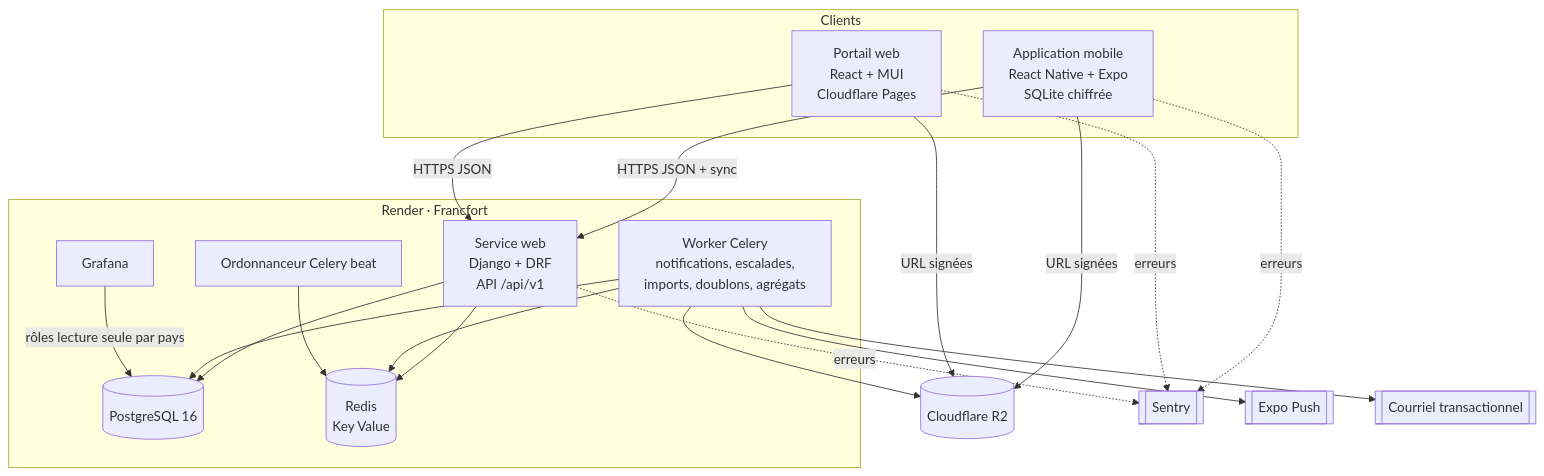
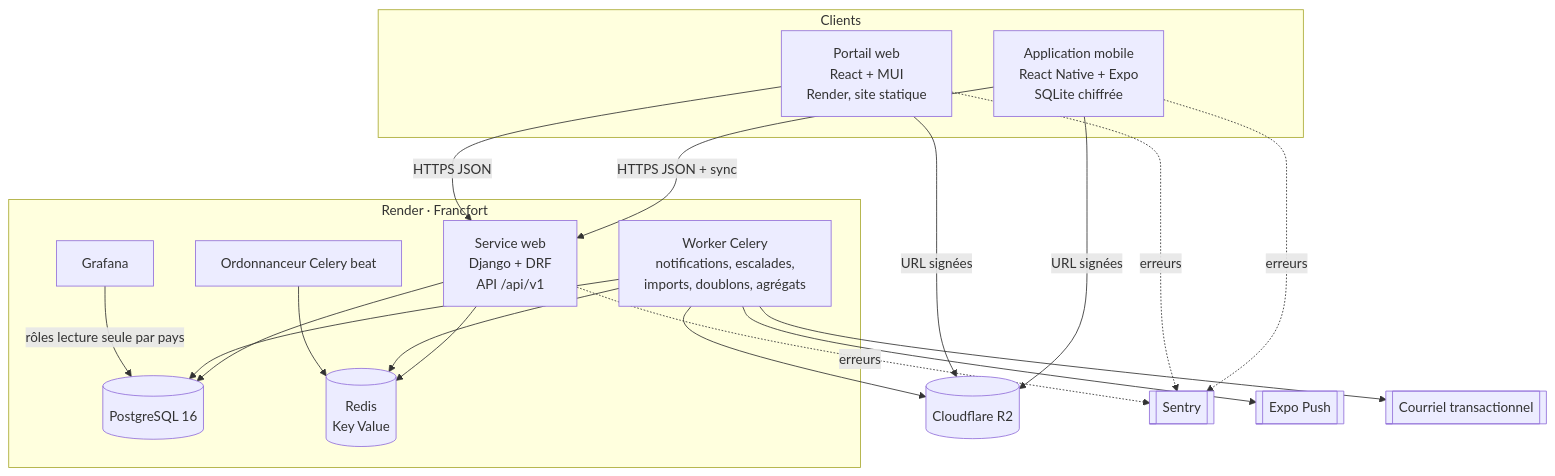
Before and after one commit to alamine2003/CRM-GHPL: the second of 11 diagrams in architecture.md, drawn with Mermaid. The commit also changed other lines of this file and 19 other files, not shown here.

First line of the commit message:
1.0.1 : portail et API sur Render (§14.79, ADR-007, HT-05)

````diff
--- a/architecture.md
+++ b/architecture.md
@@ -119,38 +119,38 @@
 ```mermaid
 flowchart TB
   subgraph Clients
     MOB[Application mobile<br/>React Native + Expo<br/>SQLite chiffrée]
-    WEB[Portail web<br/>React + MUI<br/>Cloudflare Pages]
+    WEB[Portail web<br/>React + MUI<br/>Render, site statique]
   end
 
   subgraph Render[Render · Francfort]
     WEBAPI[Service web<br/>Django + DRF<br/>API /api/v1]
     WORKER[Worker Celery<br/>notifications, escalades,<br/>imports, doublons, agrégats]
     BEAT[Ordonnanceur Celery beat]
     PG[(PostgreSQL 16)]
     REDIS[(Redis<br/>Key Value)]
     GRAFANA[Grafana]
   end
 
   R2[(Cloudflare R2)]
   SENTRY[[Sentry]]
   PUSH[[Expo Push]]
   MAIL[[Courriel transactionnel]]
 
   MOB -- HTTPS JSON + sync --> WEBAPI
   WEB -- HTTPS JSON --> WEBAPI
   MOB -- URL signées --> R2
   WEB -- URL signées --> R2
   WEBAPI --> PG
   WEBAPI --> REDIS
   WORKER --> PG
   WORKER --> REDIS
   BEAT --> REDIS
   WORKER --> PUSH
   WORKER --> MAIL
   WORKER --> R2
   GRAFANA -- rôles lecture seule par pays --> PG
   WEBAPI -. erreurs .-> SENTRY
   MOB -. erreurs .-> SENTRY
   WEB -. erreurs .-> SENTRY
 ```
````
